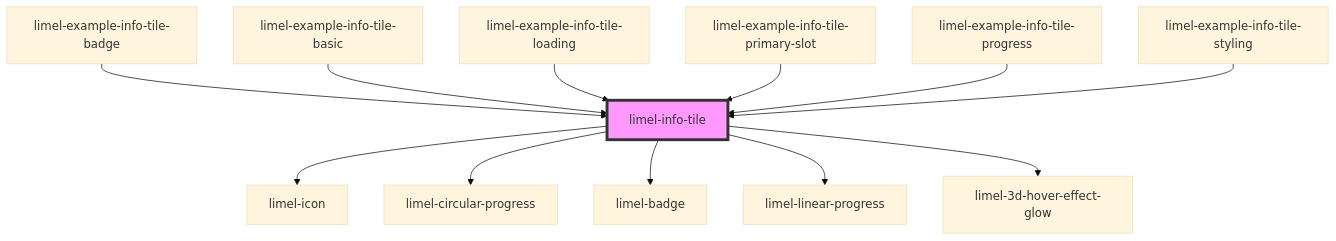
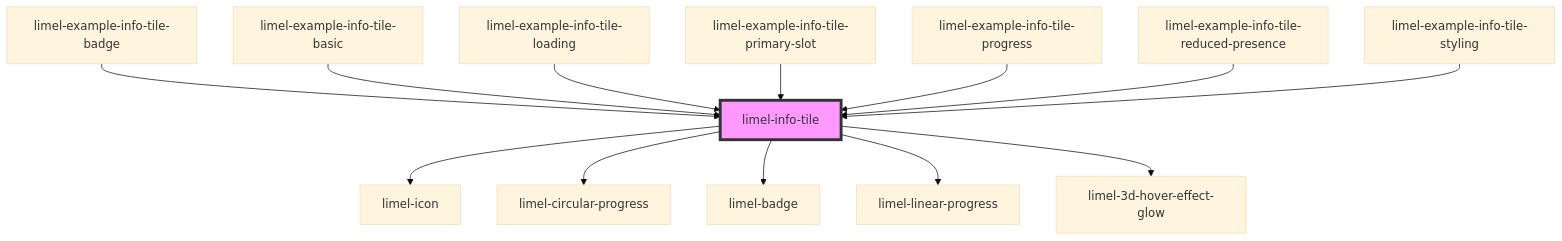
One commit to Lundalogik/lime-elements changed the diagram in versions/PR-4085/markdown-docs/components/info-tile/readme.md. Above: the diagram before and after it, drawn with Mermaid (base theme). The commit also changed other lines of this file and 271 other files, not shown here.

````diff
--- a/versions/PR-4085/markdown-docs/components/info-tile/readme.md
+++ b/versions/PR-4085/markdown-docs/components/info-tile/readme.md
@@ -51,15 +53,16 @@
 ```mermaid
 graph TD;
   limel-info-tile --> limel-icon
   limel-info-tile --> limel-circular-progress
   limel-info-tile --> limel-badge
   limel-info-tile --> limel-linear-progress
   limel-info-tile --> limel-3d-hover-effect-glow
   limel-example-info-tile-badge --> limel-info-tile
   limel-example-info-tile-basic --> limel-info-tile
   limel-example-info-tile-loading --> limel-info-tile
   limel-example-info-tile-primary-slot --> limel-info-tile
   limel-example-info-tile-progress --> limel-info-tile
+  limel-example-info-tile-reduced-presence --> limel-info-tile
   limel-example-info-tile-styling --> limel-info-tile
   style limel-info-tile fill:#f9f,stroke:#333,stroke-width:4px
 ```
````
